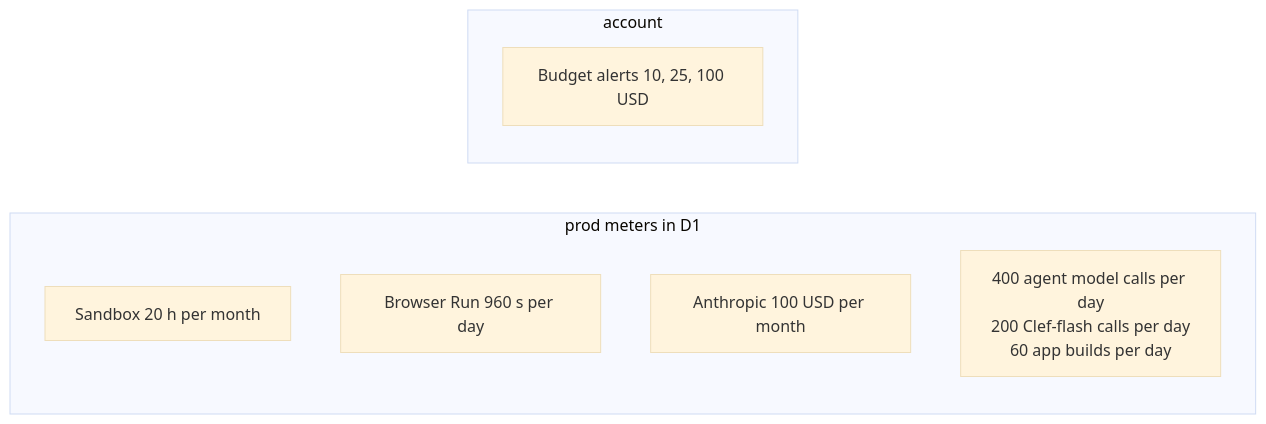
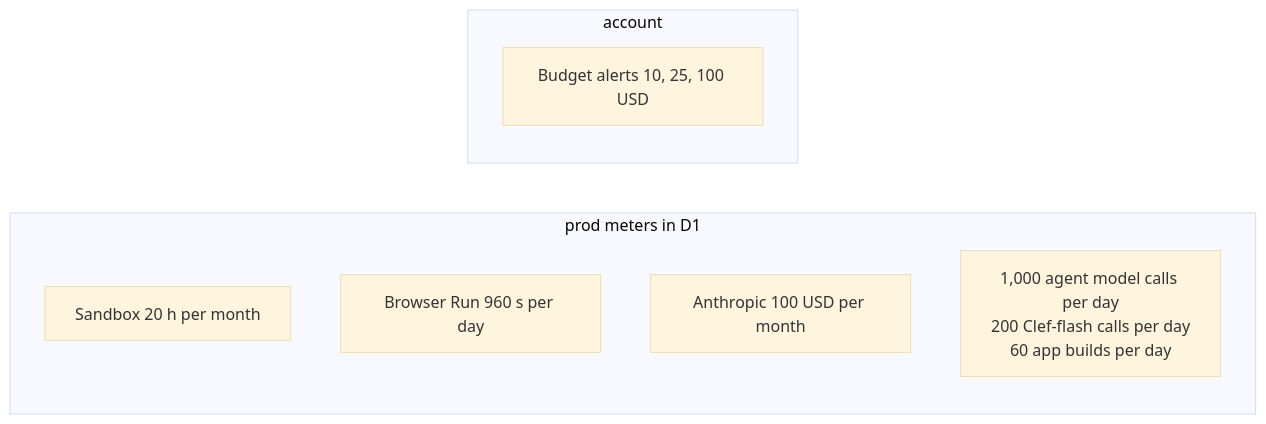
The second of 2 diagrams in docs/operations/costs.md (nsudhanva/rhumbatron), drawn with Mermaid (base theme) before and after one commit. The commit also changed other lines of this file and 5 other files, not shown here.

First line of the commit message:
chore(model-router): raise the agent call cap to 1,000 per day

````diff
--- a/docs/operations/costs.md
+++ b/docs/operations/costs.md
@@ -37,12 +37,12 @@
 ```mermaid
 flowchart LR
   subgraph prod[prod meters in D1]
     ps[Sandbox 20 h per month]
     pb[Browser Run 960 s per day]
     pv[Anthropic 100 USD per month]
-    ac[400 agent model calls per day<br/>200 Clef-flash calls per day<br/>60 app builds per day]
+    ac[1,000 agent model calls per day<br/>200 Clef-flash calls per day<br/>60 app builds per day]
   end
   subgraph account[account]
     ab[Budget alerts 10, 25, 100 USD]
   end
 ```
````
